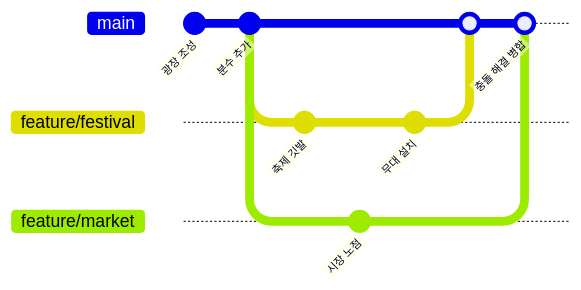
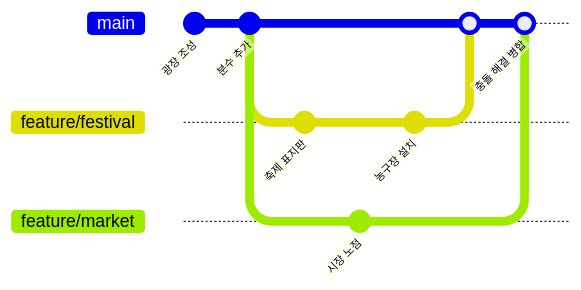
Before and after one commit to JUNGHWAN12/Git: the first of 3 diagrams in docs/GAME_DESIGN_DOCUMENT.md, drawn with Mermaid. The commit also changed other lines of this file and 19 other files, not shown here.

````diff
--- a/docs/GAME_DESIGN_DOCUMENT.md
+++ b/docs/GAME_DESIGN_DOCUMENT.md
@@ -278,15 +287,15 @@
 ```mermaid
 gitGraph
    commit id: "광장 조성"
    commit id: "분수 추가"
    branch feature/festival
-   commit id: "축제 깃발"
+   commit id: "축제 표지판"
    checkout main
    branch feature/market
    commit id: "시장 노점"
    checkout feature/festival
-   commit id: "무대 설치"
+   commit id: "농구장 설치"
    checkout main
    merge feature/festival
    merge feature/market id: "충돌 해결 병합"
 ```
````
